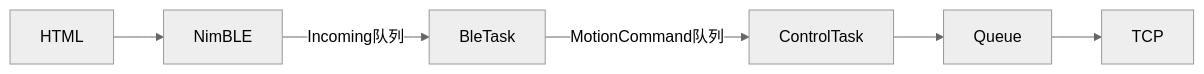
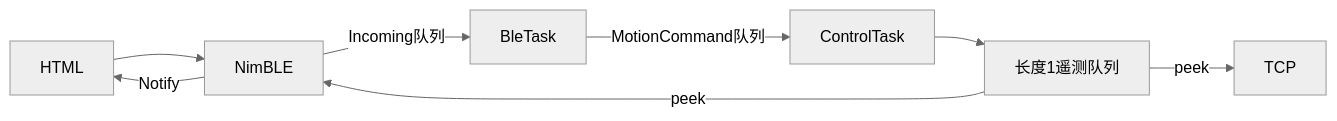
Before and after one commit to welldone987/FOC_ESPIDF_balance_vehicle: the fourth of 5 diagrams in docs/ADR-docs/architecture-decisions.md, drawn with Mermaid (neutral theme). The commit also changed other lines of this file and 19 other files, not shown here.

````diff
--- a/docs/ADR-docs/architecture-decisions.md
+++ b/docs/ADR-docs/architecture-decisions.md
@@ -264,8 +264,10 @@
 ```mermaid
 flowchart LR
     HTML --> NimBLE
     NimBLE -->|Incoming队列| BleTask
     BleTask -->|MotionCommand队列| ControlTask
-    ControlTask --> Queue
-    Queue --> TCP
+    ControlTask --> Queue[长度1遥测队列]
+    Queue -->|peek| NimBLE
+    NimBLE -->|Notify| HTML
+    Queue -->|peek| TCP
 ```
````
